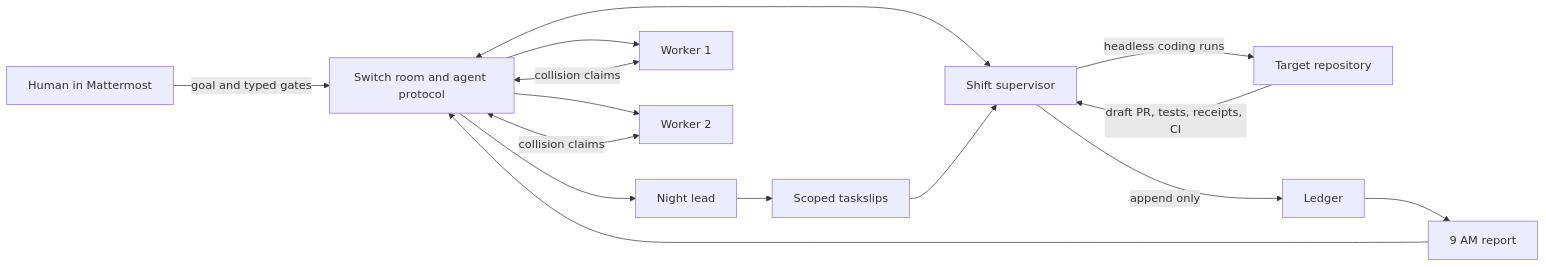
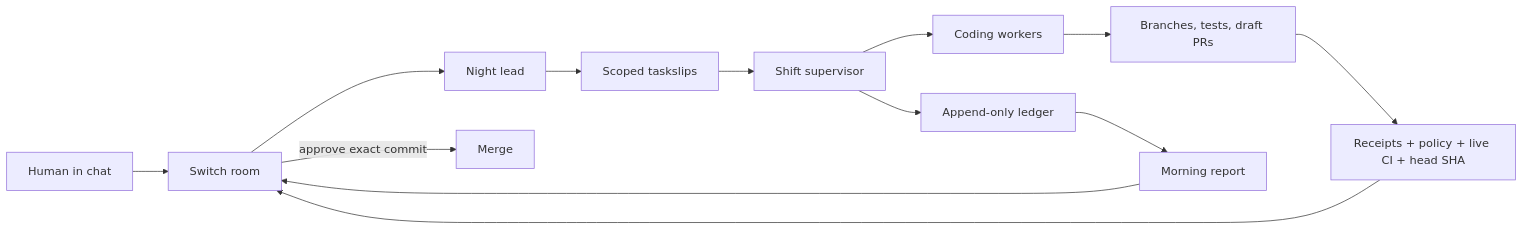
The diagram in README.md (shashwat558/night-shift), drawn with Mermaid before and after one commit. The commit also changed other lines of this file and 60 other files, not shown here.

First line of the commit message:
docs: publish Switch multi-agent build story

````diff
--- a/README.md
+++ b/README.md
@@ -31,17 +25,15 @@
 ```mermaid
 flowchart LR
-    H[Human in Mattermost] -->|goal and typed gates| S[Switch room and agent protocol]
+    H[Human in chat] --> S[Switch room]
     S --> L[Night lead]
-    S --> W1[Worker 1]
-    S --> W2[Worker 2]
-    S <--> P[Shift supervisor]
     L --> T[Scoped taskslips]
-    T --> P
-    P -->|headless coding runs| R[Target repository]
-    R -->|draft PR, tests, receipts, CI| P
-    W1 <-->|collision claims| S
-    W2 <-->|collision claims| S
-    P -->|append only| G[Ledger]
-    G --> N[9 AM report]
+    T --> P[Shift supervisor]
+    P --> W[Coding workers]
+    W --> R[Branches, tests, draft PRs]
+    R --> G[Receipts + policy + live CI + head SHA]
+    G --> S
+    S -->|approve exact commit| M[Merge]
+    P --> A[Append-only ledger]
+    A --> N[Morning report]
     N --> S
 ```
````
